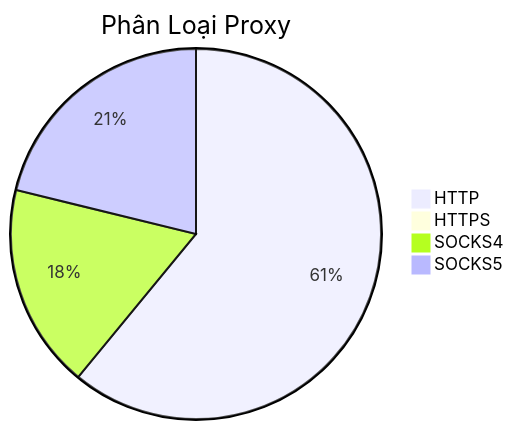
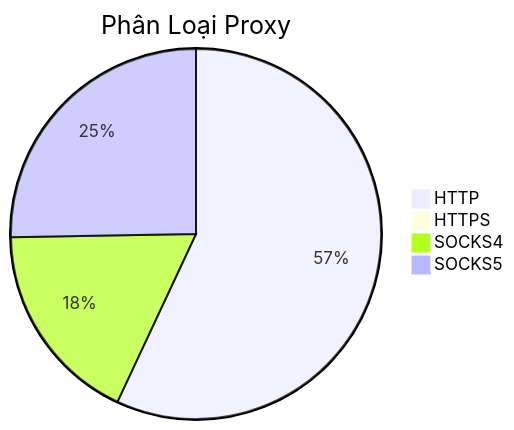
Before and after one commit to Ciara-12/PROXY-free: the diagram in README.md, drawn with Mermaid. The commit also changed other lines of this file and 4 other files, not shown here.

````diff
--- a/README.md
+++ b/README.md
@@ -26,7 +26,7 @@
 ```mermaid
 pie title Phân Loại Proxy
-    "HTTP" : 1137
-    "HTTPS" : 3
-    "SOCKS4" : 333
-    "SOCKS5" : 395
+    "HTTP" : 789
+    "HTTPS" : 2
+    "SOCKS4" : 246
+    "SOCKS5" : 350
 ```
````
